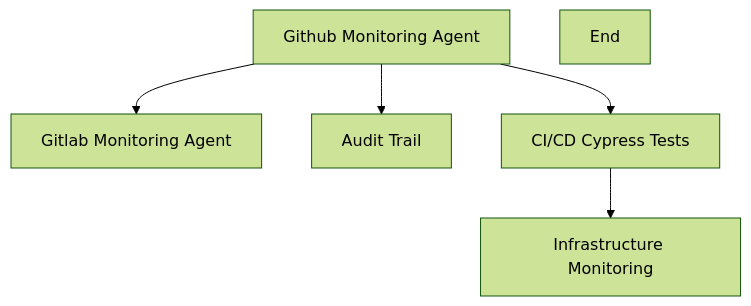
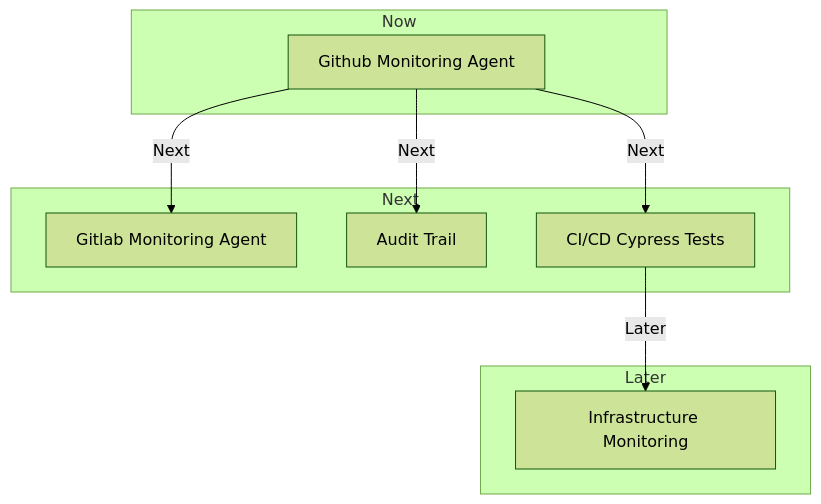
One commit to OpenATO/Roadmap changed the diagram in products/MR/README.md. Above: the diagram before and after it, drawn with Mermaid (forest theme).

````diff
--- a/products/MR/README.md
+++ b/products/MR/README.md
@@ -22,13 +22,22 @@
 ```mermaid
 graph TD
 
+subgraph Now
+A[Github Monitoring Agent]
+end
 
-A[Github Monitoring Agent]
-A --> B[Gitlab Monitoring Agent]
-A --> E[Audit Trail]
-A --> C[CI/CD Cypress Tests]
-C --> D[Infrastructure Monitoring]
+subgraph Next
+B[Gitlab Monitoring Agent]
+E[Audit Trail]
+C[CI/CD Cypress Tests]
+end
 
-End
+subgraph Later
+D[Infrastructure Monitoring]
+end
 
+A -->|Next| B
+A -->|Next| E
+A -->|Next| C
+C -->|Later| D
 ```
````
